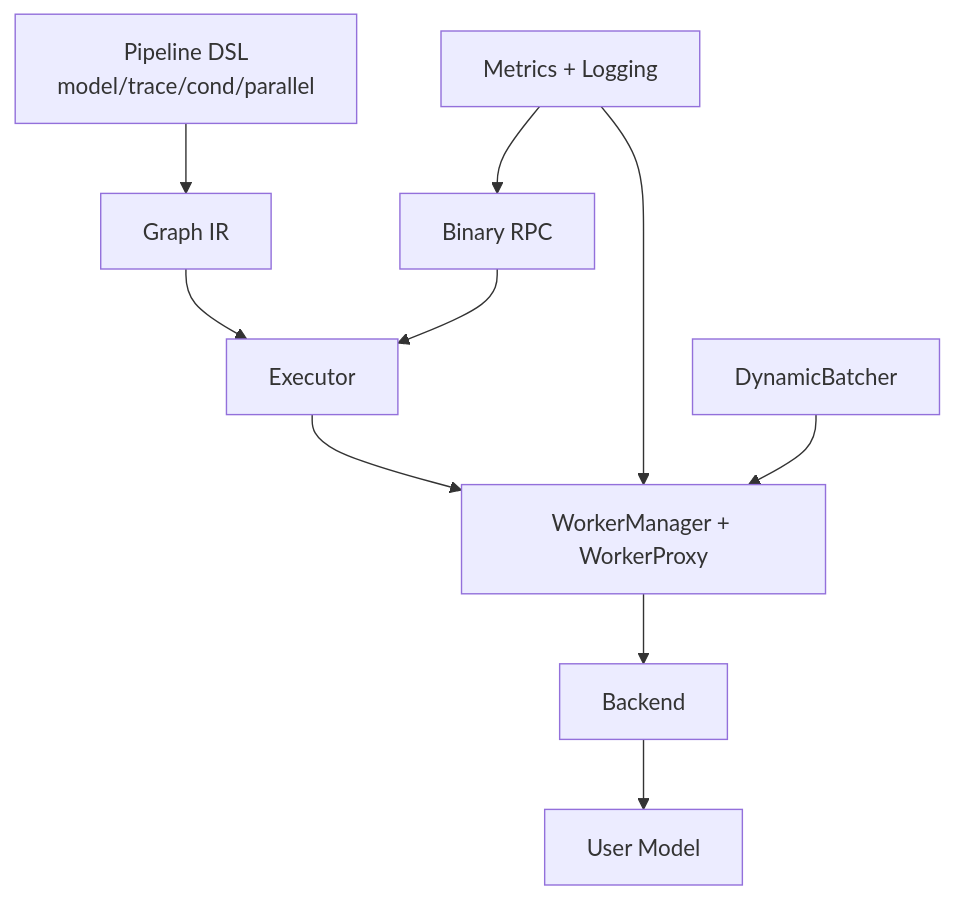
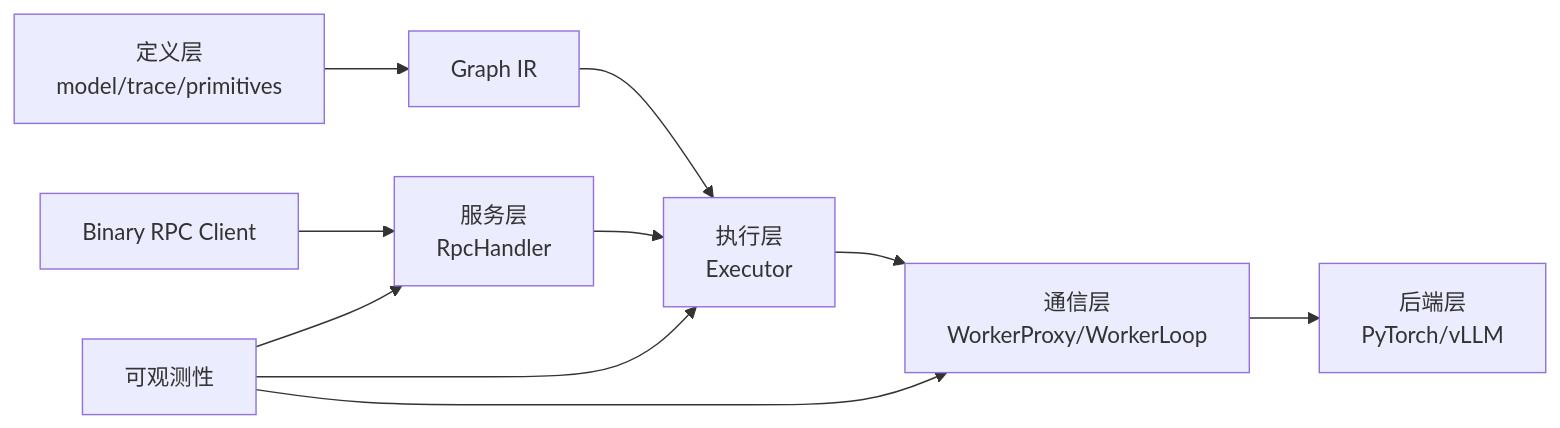
The diagram in docs/design/功能设计.md (caitengwei/Nerva), drawn with Mermaid before and after one commit. The commit also changed other lines of this file and 4 other files, not shown here.

````diff
--- a/docs/design/功能设计.md
+++ b/docs/design/功能设计.md
@@ -7,13 +16,12 @@
 ```mermaid
-flowchart TB
-    DSL[Pipeline DSL<br/>model/trace/cond/parallel] --> IR[Graph IR]
-    IR --> EXEC[Executor]
-    EXEC --> WORKER[WorkerManager + WorkerProxy]
-    WORKER --> BACKEND[Backend]
-    BACKEND --> USER[User Model]
-
-    RPC[Binary RPC] --> EXEC
-    OBS[Metrics + Logging] --> RPC
-    OBS --> WORKER
-    BATCH[DynamicBatcher] --> WORKER
+flowchart LR
+    DSL[定义层<br/>model/trace/primitives] --> IR[Graph IR]
+    IR --> EXEC[执行层<br/>Executor]
+    EXEC --> IPC[通信层<br/>WorkerProxy/WorkerLoop]
+    IPC --> BACKEND[后端层<br/>PyTorch/vLLM]
+    CLIENT[Binary RPC Client] --> SERVER[服务层<br/>RpcHandler]
+    SERVER --> EXEC
+    OBS[可观测性] --> SERVER
+    OBS --> EXEC
+    OBS --> IPC
 ```
````
